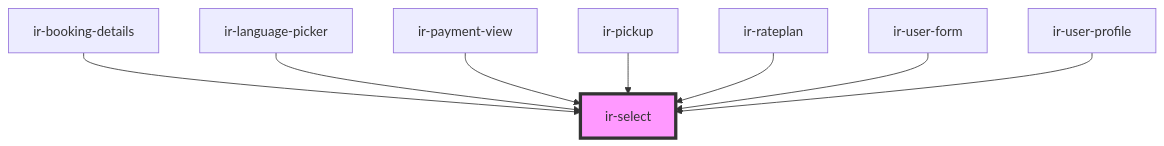
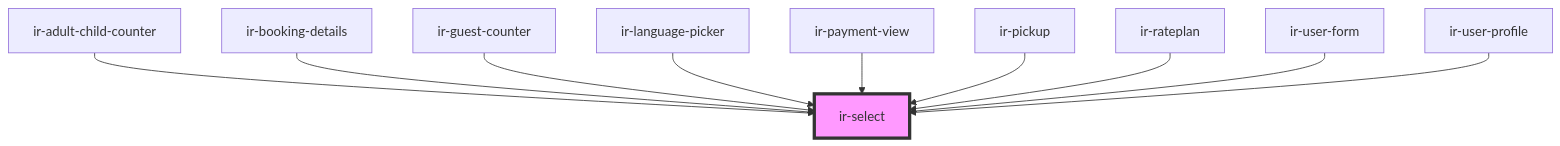
Before and after one commit to RonyRizk/ir-be: the diagram in src/components/ui/ir-select/readme.md, drawn with Mermaid. The commit also changed other lines of this file and 62 other files, not shown here.

````diff
--- a/src/components/ui/ir-select/readme.md
+++ b/src/components/ui/ir-select/readme.md
@@ -42,11 +45,13 @@
 ```mermaid
 graph TD;
+  ir-adult-child-counter --> ir-select
   ir-booking-details --> ir-select
+  ir-guest-counter --> ir-select
   ir-language-picker --> ir-select
   ir-payment-view --> ir-select
   ir-pickup --> ir-select
   ir-rateplan --> ir-select
   ir-user-form --> ir-select
   ir-user-profile --> ir-select
   style ir-select fill:#f9f,stroke:#333,stroke-width:4px
 ```
````
